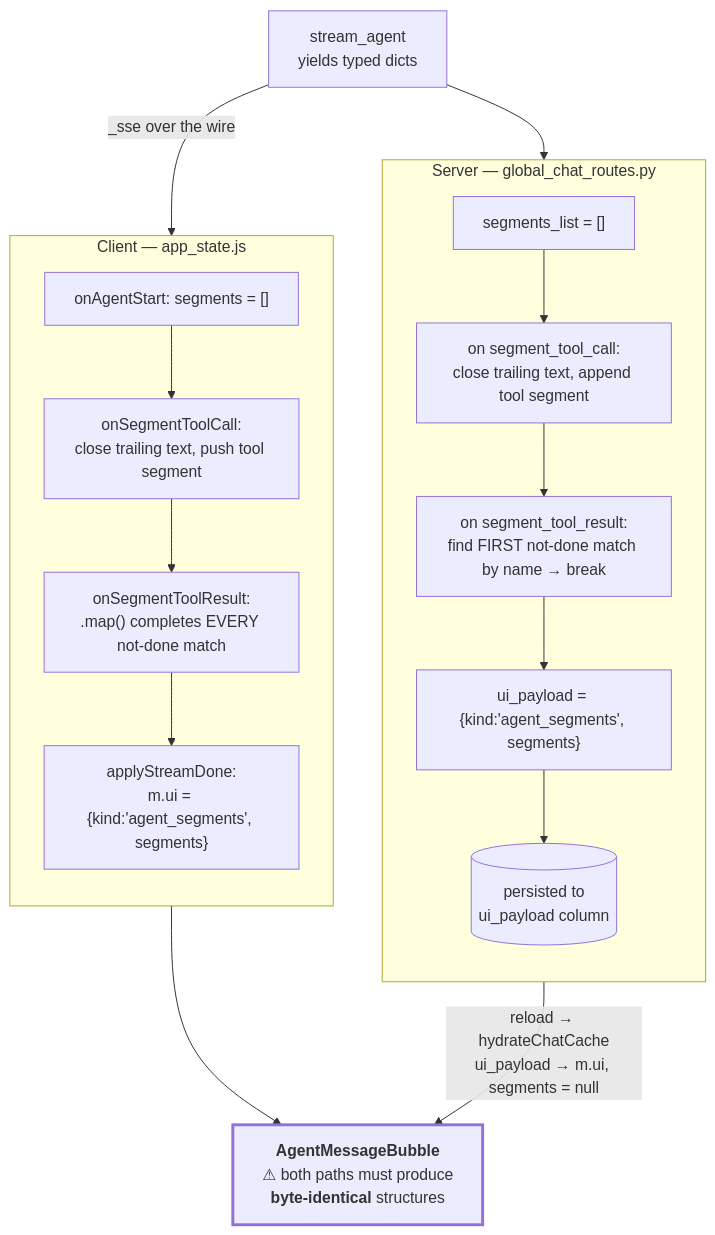
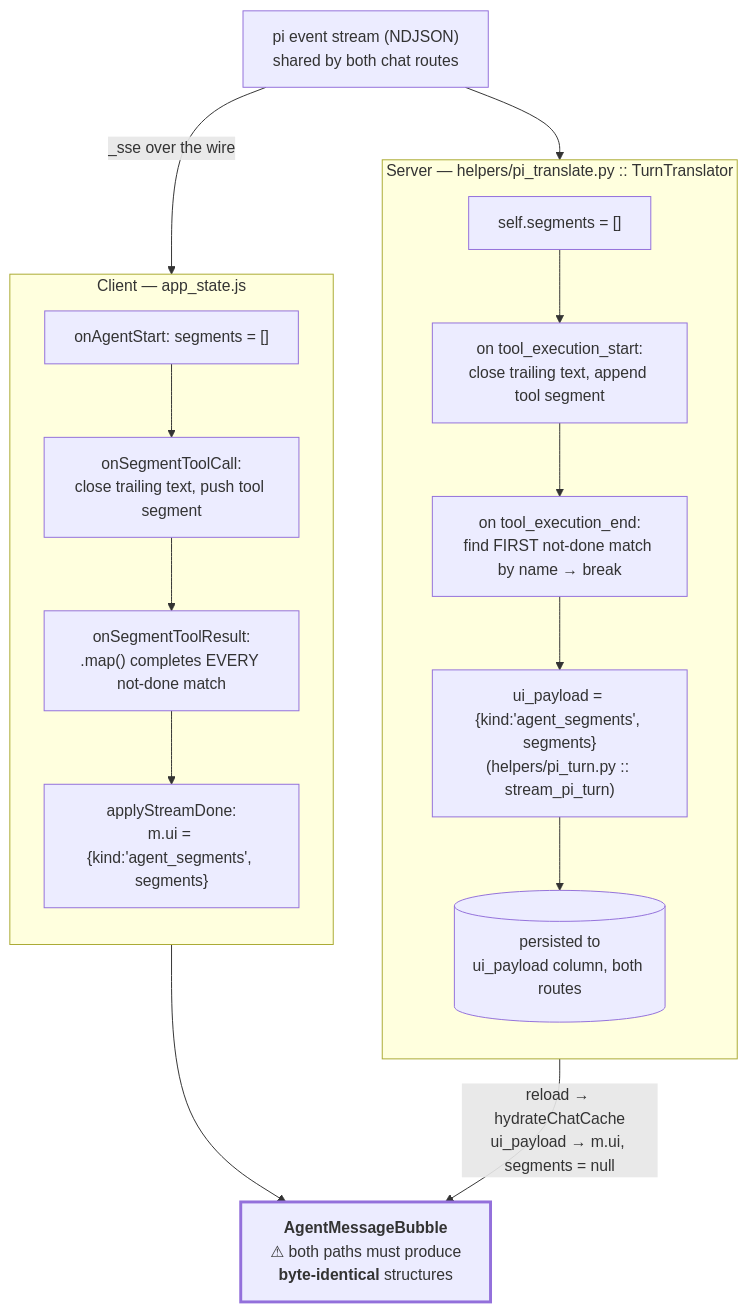
One commit to dhruvviveksharma/QiitaExplore changed the second of 2 diagrams in docs/06-streaming-and-chat.md. Above: the diagram before and after it, drawn with Mermaid. The commit also changed other lines of this file and 35 other files, not shown here.

````diff
--- a/docs/06-streaming-and-chat.md
+++ b/docs/06-streaming-and-chat.md
@@ -155,33 +146,33 @@
 ```mermaid
 flowchart TB
-    SA["stream_agent<br/>yields typed dicts"]
+    SA["pi event stream (NDJSON)<br/>shared by both chat routes"]
 
-    subgraph SRV["Server — global_chat_routes.py"]
+    subgraph SRV["Server — helpers/pi_translate.py :: TurnTranslator"]
         direction TB
-        S1["segments_list = []"]
-        S2["on segment_tool_call:<br/>close trailing text, append tool segment"]
-        S3["on segment_tool_result:<br/>find FIRST not-done match by name → break"]
-        S4["ui_payload = {kind:'agent_segments', segments}"]
-        S5[("persisted to<br/>ui_payload column")]
+        S1["self.segments = []"]
+        S2["on tool_execution_start:<br/>close trailing text, append tool segment"]
+        S3["on tool_execution_end:<br/>find FIRST not-done match by name → break"]
+        S4["ui_payload = {kind:'agent_segments', segments}<br/>(helpers/pi_turn.py :: stream_pi_turn)"]
+        S5[("persisted to<br/>ui_payload column, both routes")]
         S1 --> S2 --> S3 --> S4 --> S5
     end
 
     subgraph CLI["Client — app_state.js"]
         direction TB
         C1["onAgentStart: segments = []"]
         C2["onSegmentToolCall:<br/>close trailing text, push tool segment"]
         C3["onSegmentToolResult:<br/>.map() completes EVERY not-done match"]
         C4["applyStreamDone:<br/>m.ui = {kind:'agent_segments', segments}"]
         C1 --> C2 --> C3 --> C4
     end
 
     SA --> SRV
     SA -->|"_sse over the wire"| CLI
 
     S5 -->|"reload → hydrateChatCache<br/>ui_payload → m.ui, segments = null"| R
     C4 --> R
 
     R["<b>AgentMessageBubble</b><br/>⚠ both paths must produce<br/><b>byte-identical</b> structures"]
 
     style R stroke-width:3px
 ```
````
